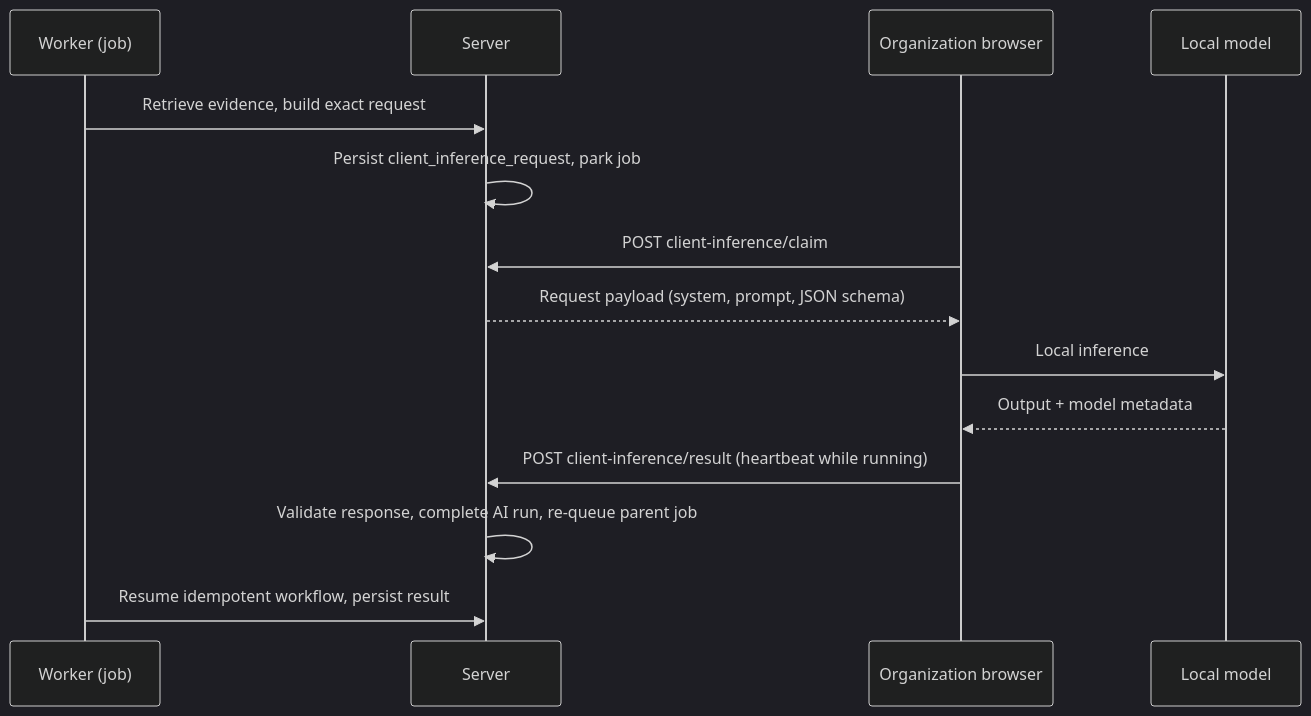
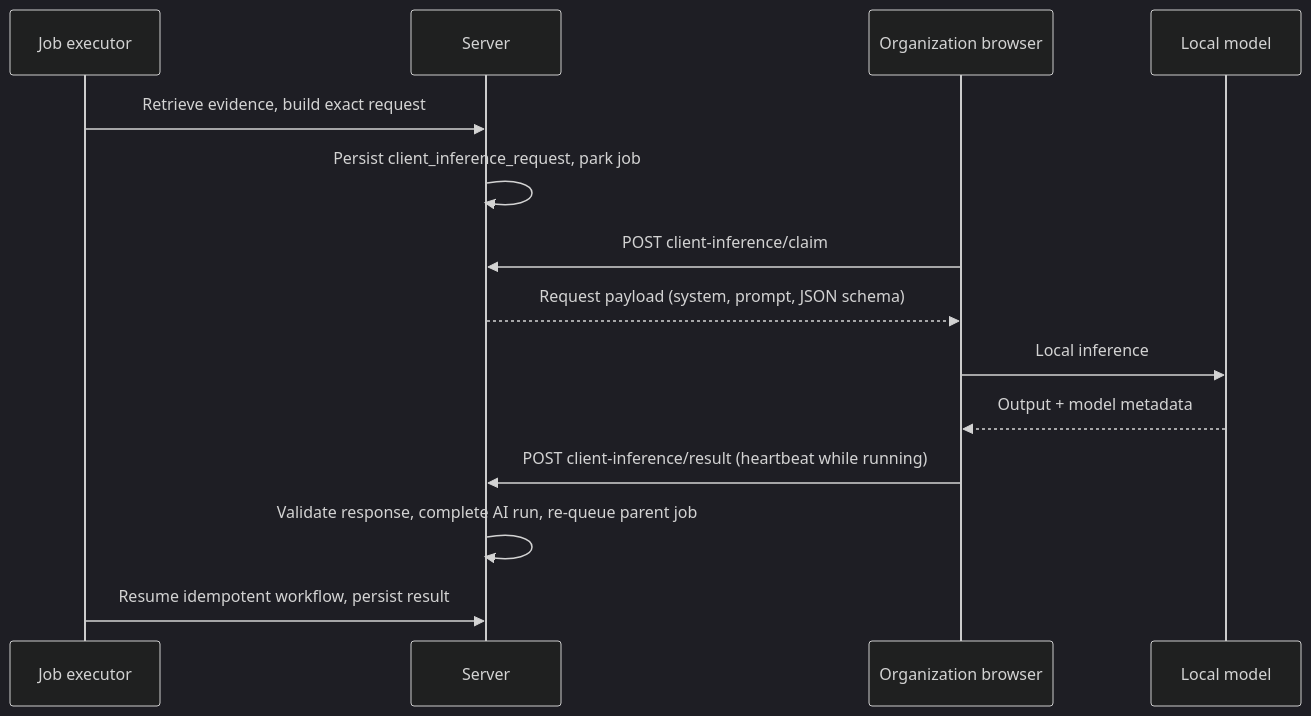
One commit to nxkolas/compliance changed the diagram in my-app/docs/backend-architecture/ai/local-ai.md. Above: the diagram before and after it, drawn with Mermaid (dark theme). The commit also changed other lines of this file and 84 other files, not shown here.

````diff
--- a/my-app/docs/backend-architecture/ai/local-ai.md
+++ b/my-app/docs/backend-architecture/ai/local-ai.md
@@ -22,17 +22,17 @@
 ```mermaid
 sequenceDiagram
-    participant W as Worker (job)
+    participant W as Job executor
     participant S as Server
     participant B as Organization browser
     participant M as Local model
 
     W->>S: Retrieve evidence, build exact request
     S->>S: Persist client_inference_request, park job
     B->>S: POST client-inference/claim
     S-->>B: Request payload (system, prompt, JSON schema)
     B->>M: Local inference
     M-->>B: Output + model metadata
     B->>S: POST client-inference/result (heartbeat while running)
     S->>S: Validate response, complete AI run, re-queue parent job
     W->>S: Resume idempotent workflow, persist result
 ```
````
